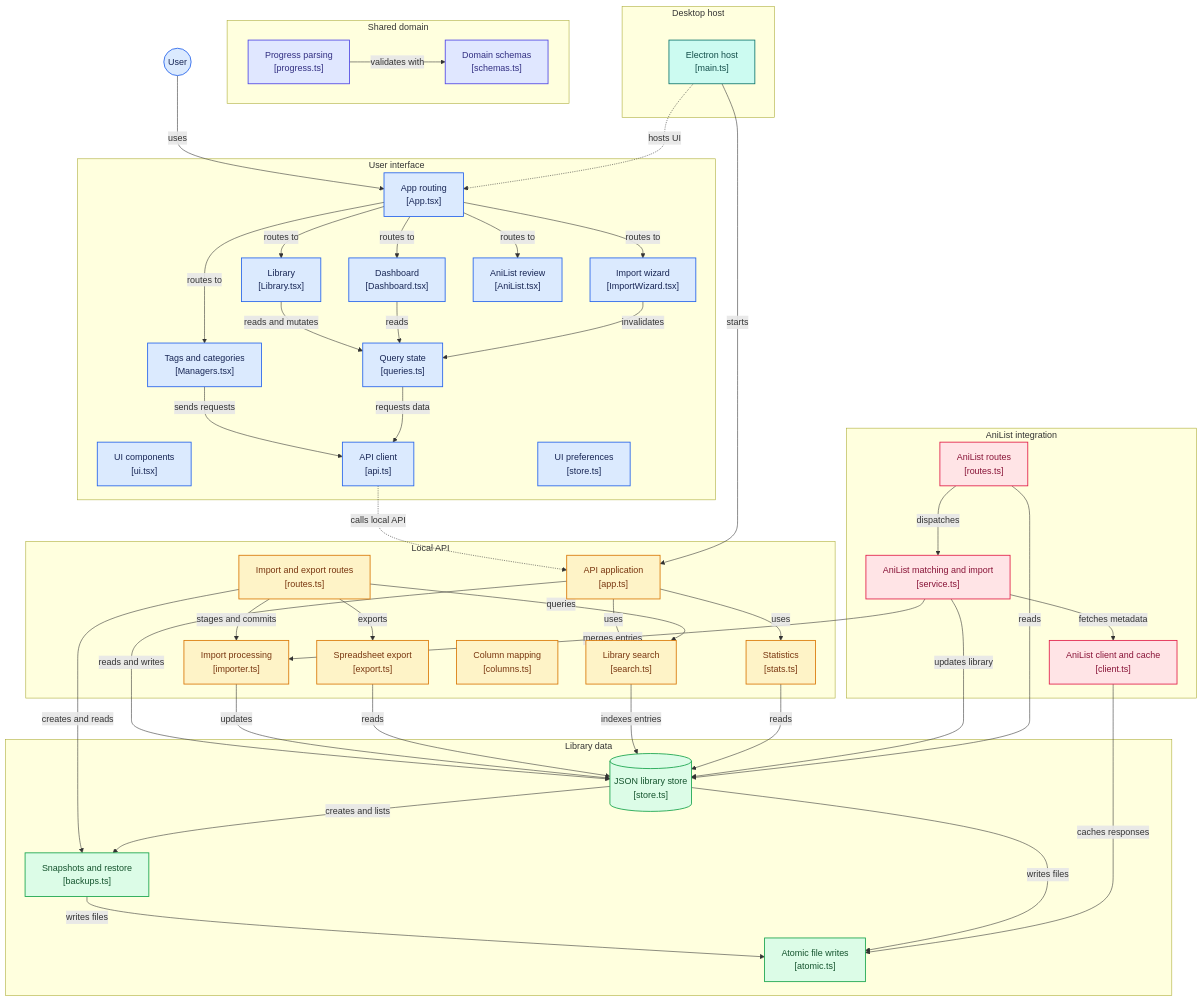
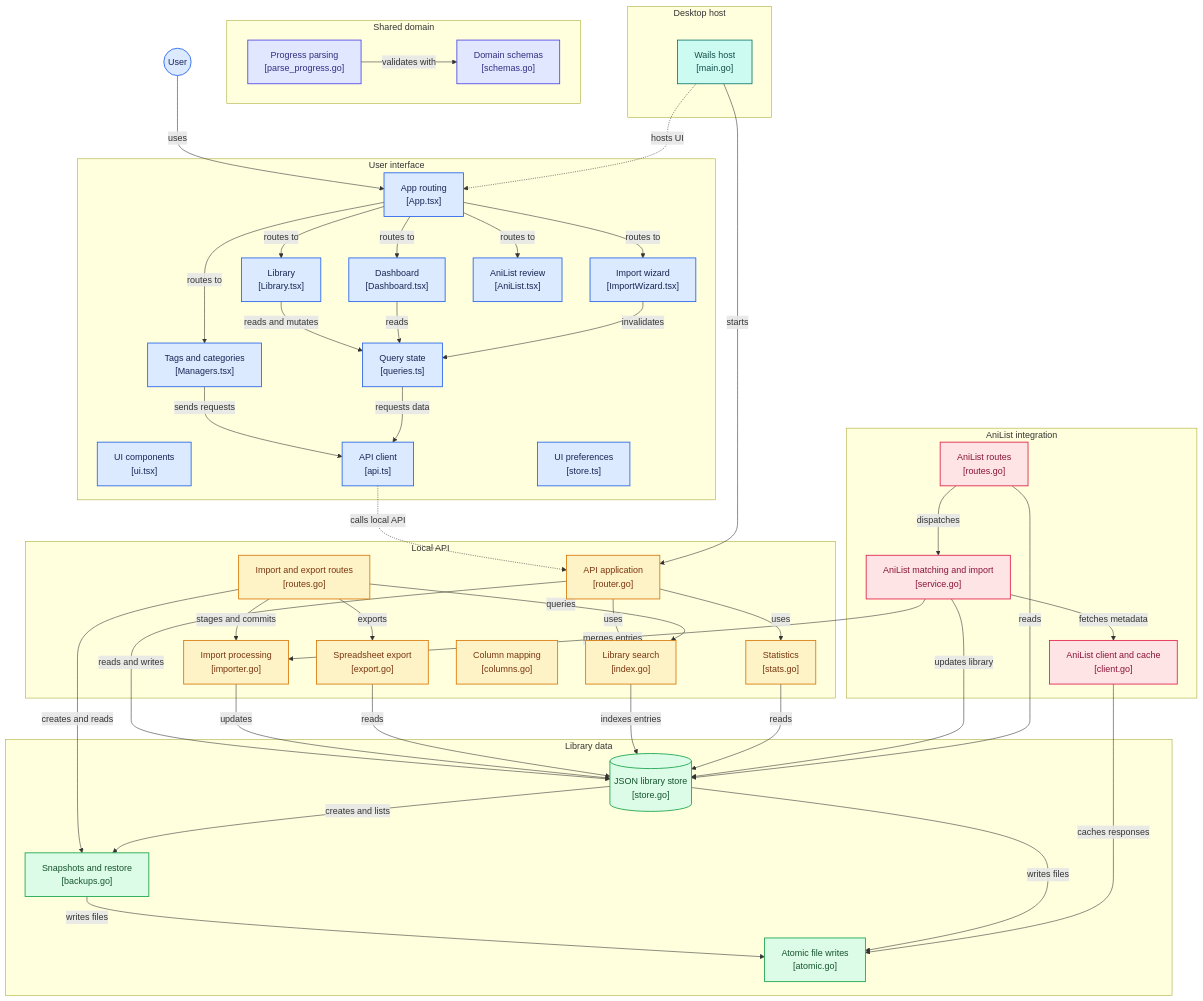
The diagram in docs/ARCHITECTURE.md (reeper316099/Lorekeeper), drawn with Mermaid before and after one commit. The commit also changed other lines of this file and 76 other files, not shown here.

First line of the commit message:
Cut over to the Go app: remove the Electron and Node backend, bump to 0.1.3

```diff
--- a/docs/ARCHITECTURE.md
+++ b/docs/ARCHITECTURE.md
@@ -40,34 +45,34 @@
 end
 
 subgraph group_server["Local API"]
-  node_api_app["API application<br/>[app.ts]"]
-  node_io_routes["Import and export routes<br/>[routes.ts]"]
-  node_search["Library search<br/>[search.ts]"]
-  node_stats["Statistics<br/>[stats.ts]"]
-  node_importer["Import processing<br/>[importer.ts]"]
-  node_exporter["Spreadsheet export<br/>[export.ts]"]
-  node_columns["Column mapping<br/>[columns.ts]"]
+  node_api_app["API application<br/>[router.go]"]
+  node_io_routes["Import and export routes<br/>[routes.go]"]
+  node_search["Library search<br/>[index.go]"]
+  node_stats["Statistics<br/>[stats.go]"]
+  node_importer["Import processing<br/>[importer.go]"]
+  node_exporter["Spreadsheet export<br/>[export.go]"]
+  node_columns["Column mapping<br/>[columns.go]"]
 end
 
 subgraph group_data["Library data"]
-  node_store[("JSON library store<br/>[store.ts]")]
-  node_backups["Snapshots and restore<br/>[backups.ts]"]
-  node_atomic["Atomic file writes<br/>[atomic.ts]"]
+  node_store[("JSON library store<br/>[store.go]")]
+  node_backups["Snapshots and restore<br/>[backups.go]"]
+  node_atomic["Atomic file writes<br/>[atomic.go]"]
 end
 
 subgraph group_anilist["AniList integration"]
-  node_ani_routes["AniList routes<br/>[routes.ts]"]
-  node_ani_service["AniList matching and import<br/>[service.ts]"]
-  node_ani_client["AniList client and cache<br/>[client.ts]"]
+  node_ani_routes["AniList routes<br/>[routes.go]"]
+  node_ani_service["AniList matching and import<br/>[service.go]"]
+  node_ani_client["AniList client and cache<br/>[client.go]"]
 end
 
 subgraph group_shared["Shared domain"]
-  node_shared_schema["Domain schemas<br/>[schemas.ts]"]
-  node_progress["Progress parsing<br/>[progress.ts]"]
+  node_shared_schema["Domain schemas<br/>[schemas.go]"]
+  node_progress["Progress parsing<br/>[parse_progress.go]"]
 end
 
 subgraph group_desktop["Desktop host"]
-  node_desktop_host["Electron host<br/>[main.ts]"]
+  node_desktop_host["Wails host<br/>[main.go]"]
 end
 
 node_user(("User"))
@@ -118,22 +123,22 @@
 click node_queries "https://github.com/reeper316099/lorekeeper/blob/main/apps/web/src/lib/queries.ts"
 click node_api_client "https://github.com/reeper316099/lorekeeper/blob/main/apps/web/src/lib/api.ts"
 click node_ui_store "https://github.com/reeper316099/lorekeeper/blob/main/apps/web/src/lib/store.ts"
-click node_api_app "https://github.com/reeper316099/lorekeeper/blob/main/packages/server/src/api/app.ts"
-click node_io_routes "https://github.com/reeper316099/lorekeeper/blob/main/packages/server/src/io/routes.ts"
-click node_search "https://github.com/reeper316099/lorekeeper/blob/main/packages/server/src/search.ts"
-click node_stats "https://github.com/reeper316099/lorekeeper/blob/main/packages/server/src/stats.ts"
-click node_importer "https://github.com/reeper316099/lorekeeper/blob/main/packages/server/src/io/importer.ts"
-click node_exporter "https://github.com/reeper316099/lorekeeper/blob/main/packages/server/src/io/export.ts"
-click node_columns "https://github.com/reeper316099/lorekeeper/blob/main/packages/server/src/io/columns.ts"
-click node_store "https://github.com/reeper316099/lorekeeper/blob/main/packages/server/src/storage/store.ts"
-click node_backups "https://github.com/reeper316099/lorekeeper/blob/main/packages/server/src/storage/backups.ts"
-click node_atomic "https://github.com/reeper316099/lorekeeper/blob/main/packages/server/src/storage/atomic.ts"
-click node_ani_routes "https://github.com/reeper316099/lorekeeper/blob/main/packages/server/src/anilist/routes.ts"
-click node_ani_service "https://github.com/reeper316099/lorekeeper/blob/main/packages/server/src/anilist/service.ts"
-click node_ani_client "https://github.com/reeper316099/lorekeeper/blob/main/packages/server/src/anilist/client.ts"
-click node_shared_schema "https://github.com/reeper316099/lorekeeper/blob/main/packages/shared/src/schemas.ts"
-click node_progress "https://github.com/reeper316099/lorekeeper/blob/main/packages/shared/src/parse/progress.ts"
-click node_desktop_host "https://github.com/reeper316099/lorekeeper/blob/main/apps/desktop/src/main.ts"
+click node_api_app "https://github.com/reeper316099/lorekeeper/blob/main/go/internal/api/router.go"
+click node_io_routes "https://github.com/reeper316099/lorekeeper/blob/main/go/internal/importexport/routes.go"
+click node_search "https://github.com/reeper316099/lorekeeper/blob/main/go/internal/search/index.go"
+click node_stats "https://github.com/reeper316099/lorekeeper/blob/main/go/internal/stats/stats.go"
+click node_importer "https://github.com/reeper316099/lorekeeper/blob/main/go/internal/importexport/importer.go"
+click node_exporter "https://github.com/reeper316099/lorekeeper/blob/main/go/internal/importexport/export.go"
+click node_columns "https://github.com/reeper316099/lorekeeper/blob/main/go/internal/importexport/columns.go"
+click node_store "https://github.com/reeper316099/lorekeeper/blob/main/go/internal/store/store.go"
+click node_backups "https://github.com/reeper316099/lorekeeper/blob/main/go/internal/store/backups.go"
+click node_atomic "https://github.com/reeper316099/lorekeeper/blob/main/go/internal/store/atomic.go"
+click node_ani_routes "https://github.com/reeper316099/lorekeeper/blob/main/go/internal/anilist/routes.go"
+click node_ani_service "https://github.com/reeper316099/lorekeeper/blob/main/go/internal/anilist/service.go"
+click node_ani_client "https://github.com/reeper316099/lorekeeper/blob/main/go/internal/anilist/client.go"
+click node_shared_schema "https://github.com/reeper316099/lorekeeper/blob/main/go/internal/shared/schemas.go"
+click node_progress "https://github.com/reeper316099/lorekeeper/blob/main/go/internal/shared/parse_progress.go"
+click node_desktop_host "https://github.com/reeper316099/lorekeeper/blob/main/go/cmd/lorekeeper/main.go"
 
 classDef toneNeutral fill:#f8fafc,stroke:#334155,stroke-width:1.5px,color:#0f172a
 classDef toneBlue fill:#dbeafe,stroke:#2563eb,stroke-width:1.5px,color:#172554
```
